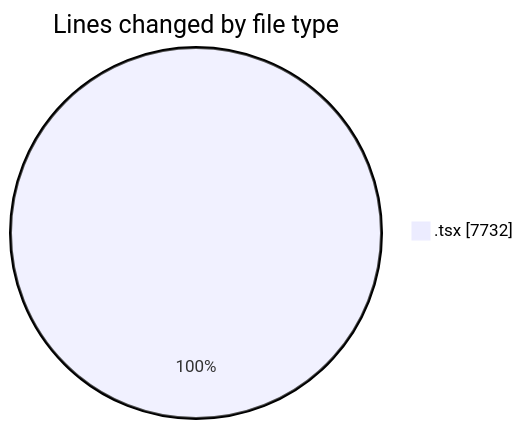
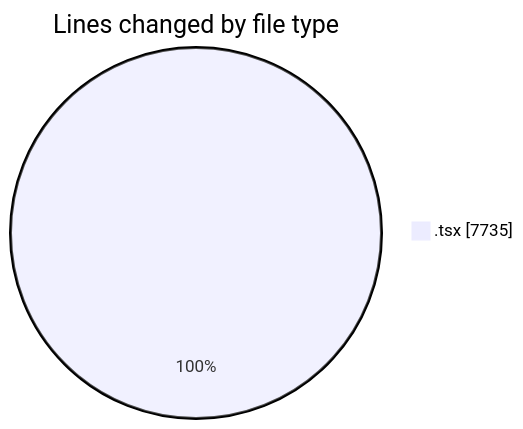
The first of 2 diagrams in 2025-12-04/cda/README.md (momahboobian/code-tracking), drawn with Mermaid before and after one commit. The commit also changed other lines of this file and 1 other file, not shown here.

````diff
--- a/2025-12-04/cda/README.md
+++ b/2025-12-04/cda/README.md
@@ -29,5 +29,5 @@
 ```mermaid
 pie showData
 title Lines changed by file type
-".tsx" : 7732
+".tsx" : 7735
 ```
````
